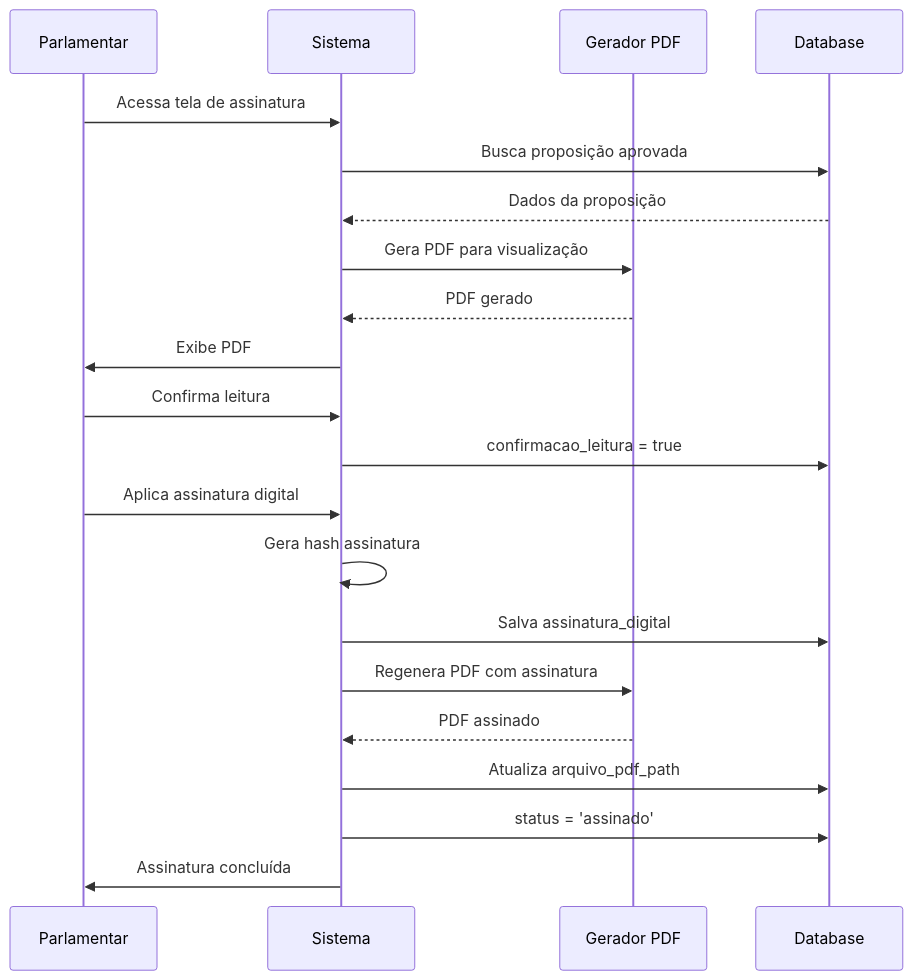
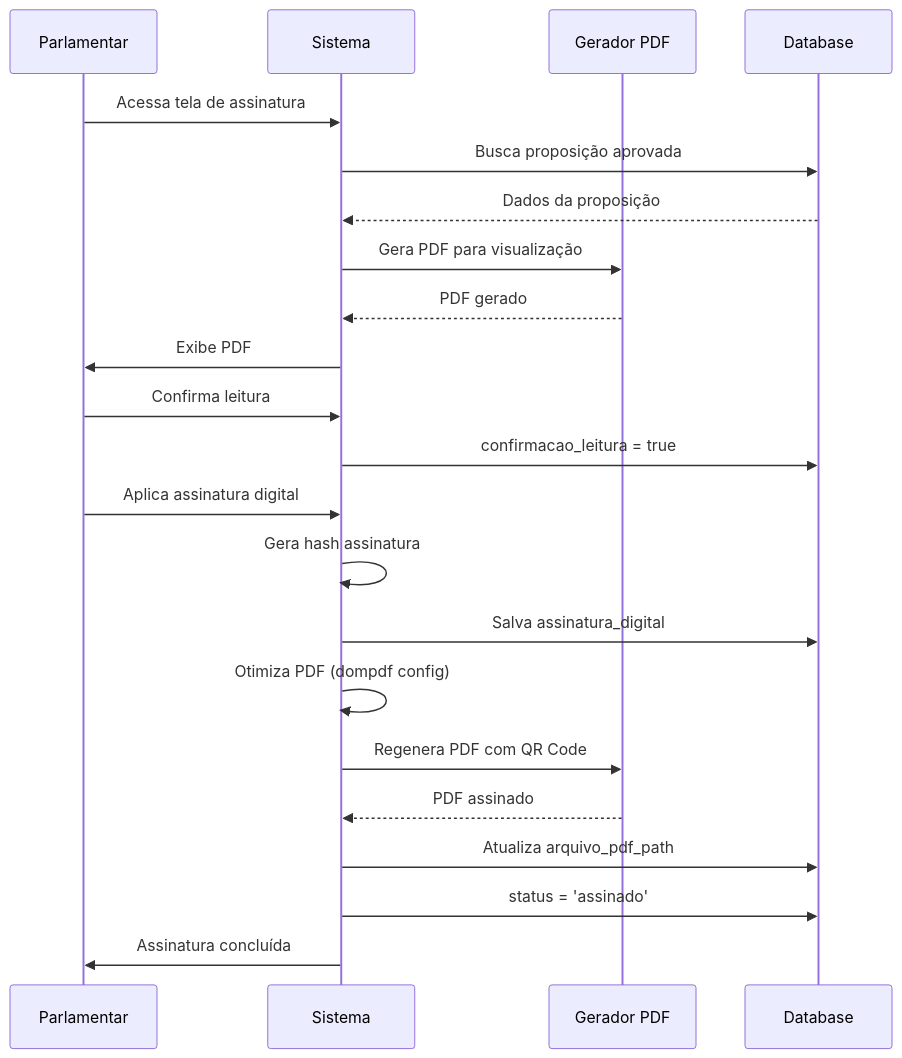
One commit to rangelbruno/legisinc-v3 changed the ninth of 9 diagrams in docs/FLUXO-PROPOSICOES-MERMAID.md. Above: the diagram before and after it, drawn with Mermaid. The commit also changed other lines of this file and 26 other files, not shown here.

````diff
--- a/docs/FLUXO-PROPOSICOES-MERMAID.md
+++ b/docs/FLUXO-PROPOSICOES-MERMAID.md
@@ -363,24 +372,25 @@
 ```mermaid
 sequenceDiagram
     participant P as Parlamentar
     participant S as Sistema
     participant PDF as Gerador PDF
     participant DB as Database
     
     P->>S: Acessa tela de assinatura
     S->>DB: Busca proposição aprovada
     DB-->>S: Dados da proposição
     S->>PDF: Gera PDF para visualização
     PDF-->>S: PDF gerado
     S->>P: Exibe PDF
     P->>S: Confirma leitura
     S->>DB: confirmacao_leitura = true
     P->>S: Aplica assinatura digital
     S->>S: Gera hash assinatura
     S->>DB: Salva assinatura_digital
-    S->>PDF: Regenera PDF com assinatura
+    S->>S: Otimiza PDF (dompdf config)
+    S->>PDF: Regenera PDF com QR Code
     PDF-->>S: PDF assinado
     S->>DB: Atualiza arquivo_pdf_path
     S->>DB: status = 'assinado'
     S->>P: Assinatura concluída
 ```
````
